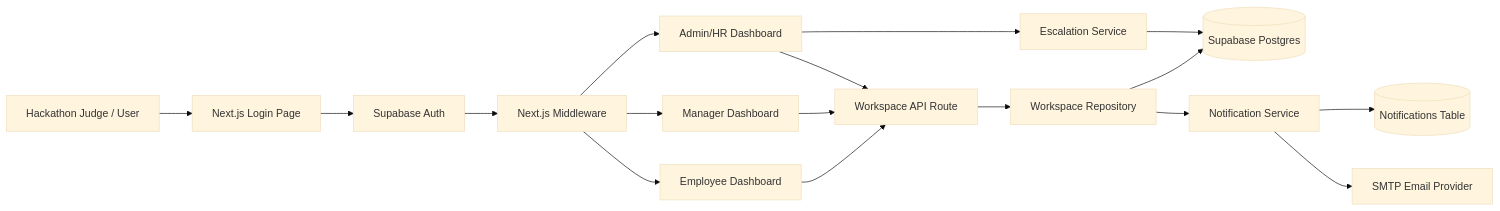
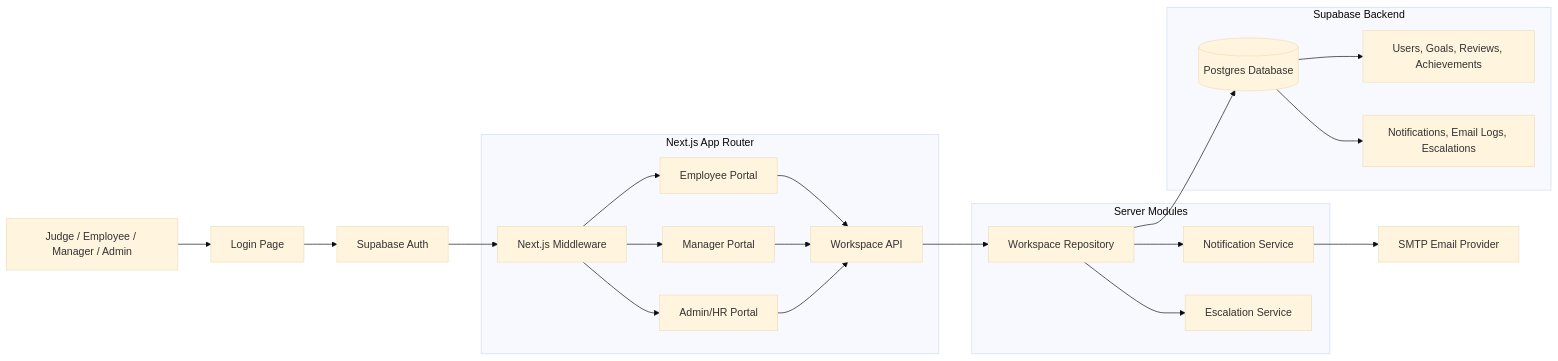
Before and after one commit to priyanshjain117/In-House-Goal-Setting-and-Tracking-Portal: the first of 3 diagrams in README.md, drawn with Mermaid (base theme). The commit also changed other lines of this file, not shown here.

Commit message:
readme file update with better arch and diagram

````diff
--- a/README.md
+++ b/README.md
@@ -132,21 +132,29 @@
 ```mermaid
 flowchart LR
-  Judge[Hackathon Judge / User] --> Login[Next.js Login Page]
-  Login --> Auth[Supabase Auth]
-  Auth --> Middleware[Next.js Middleware]
-  Middleware --> Employee[Employee Dashboard]
-  Middleware --> Manager[Manager Dashboard]
-  Middleware --> Admin[Admin/HR Dashboard]
+  User["Judge / Employee / Manager / Admin"] --> Login["Login Page"]
+  Login --> Auth["Supabase Auth"]
+  Auth --> Middleware["Next.js Middleware"]
 
-  Employee --> API[Workspace API Route]
-  Manager --> API
-  Admin --> API
+  subgraph App["Next.js App Router"]
+    Middleware --> Employee["Employee Portal"]
+    Middleware --> Manager["Manager Portal"]
+    Middleware --> Admin["Admin/HR Portal"]
+    Employee --> API["Workspace API"]
+    Manager --> API
+    Admin --> API
+  end
 
-  API --> Repo[Workspace Repository]
-  Repo --> DB[(Supabase Postgres)]
-  Repo --> Notify[Notification Service]
-  Notify --> InApp[(Notifications Table)]
-  Notify --> Email[SMTP Email Provider]
-  Admin --> Escalations[Escalation Service]
-  Escalations --> DB
+  subgraph Server["Server Modules"]
+    API --> Repository["Workspace Repository"]
+    Repository --> NotificationService["Notification Service"]
+    Repository --> EscalationService["Escalation Service"]
+  end
+
+  subgraph Supabase["Supabase Backend"]
+    Repository --> Database[("Postgres Database")]
+    Database --> Tables["Users, Goals, Reviews, Achievements"]
+    Database --> OpsTables["Notifications, Email Logs, Escalations"]
+  end
+
+  NotificationService --> Email["SMTP Email Provider"]
 ```
````
